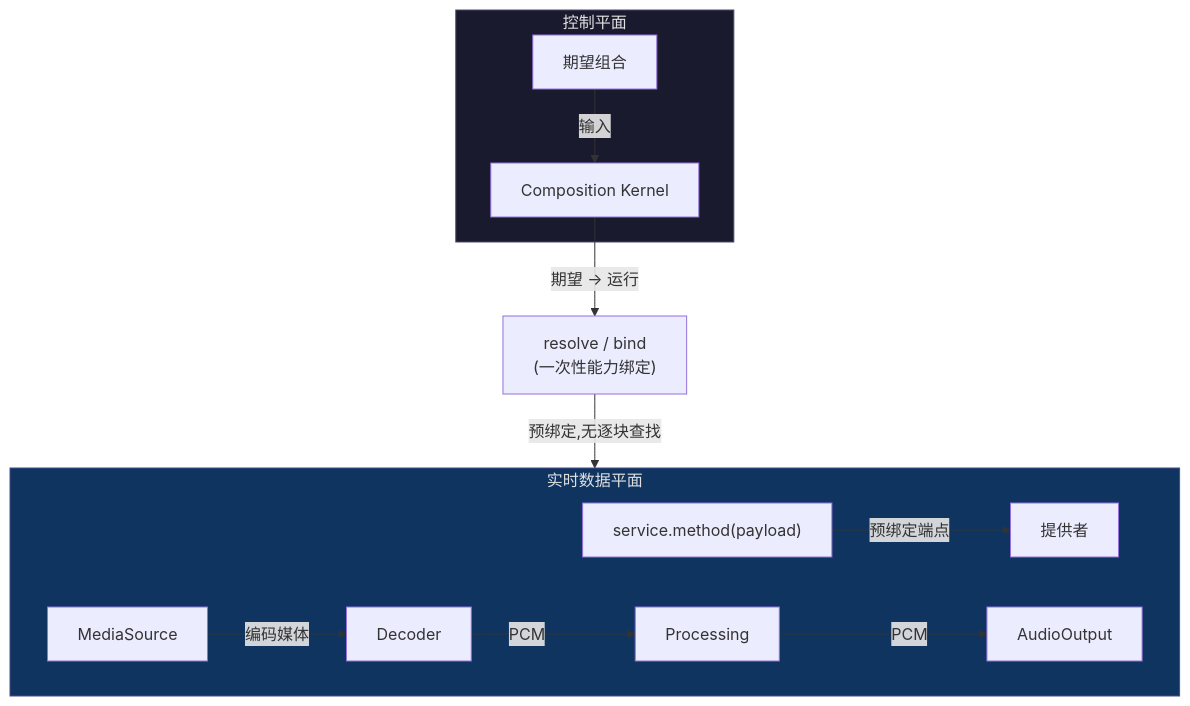
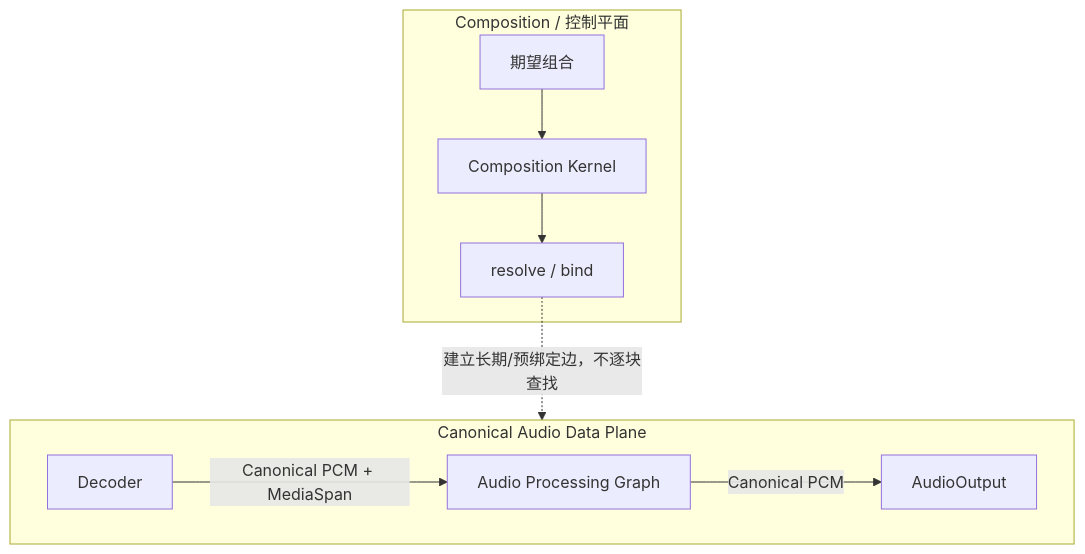
One commit to jnhu76/qianqian changed the first of 2 diagrams in website/architecture/realtime-data-plane.md. Above: the diagram before and after it, drawn with Mermaid. The commit also changed other lines of this file and 25 other files, not shown here.

First line of the commit message:
architecture: reconcile playback authority surfaces with ADR-PBK-001 (#80)

````diff
--- a/website/architecture/realtime-data-plane.md
+++ b/website/architecture/realtime-data-plane.md
@@ -20,25 +24,15 @@
 ```mermaid
 flowchart TB
-    subgraph CP["控制平面"]
-        DC["期望组合"]
-        CK["Composition Kernel"]
-        DC -->|"输入"| CK
+    subgraph CP["Composition / 控制平面"]
+        DC["期望组合"] --> CK["Composition Kernel"]
+        CK --> BIND["resolve / bind"]
     end
 
-    BIND["resolve / bind<br/>(一次性能力绑定)"]
-
-    CK -->|"期望 → 运行"| BIND
-
-    subgraph DP["实时数据平面"]
+    subgraph DP["Canonical Audio Data Plane"]
         direction LR
-        S["service.method(payload)"] -->|"预绑定端点"| P["提供者"]
-        MS["MediaSource"] -->|"编码媒体"| DEC["Decoder"]
-        DEC -->|"PCM"| PROC["Processing"]
-        PROC -->|"PCM"| AOUT["AudioOutput"]
+        DEC["Decoder"] -->|"Canonical PCM + MediaSpan"| PROC["Audio Processing Graph"]
+        PROC -->|"Canonical PCM"| AOUT["AudioOutput"]
     end
 
-    BIND -->|"预绑定,无逐块查找"| DP
-
-    style CP fill:#1a1a2e,stroke:#4a4a6a,color:#e0e0e0
-    style DP fill:#0f3460,stroke:#4a4a8a,color:#e0e0e0
+    BIND -.->|"建立长期/预绑定边，不逐块查找"| DP
 ```
````
